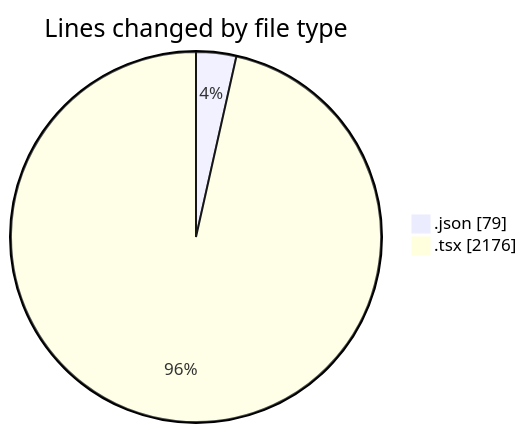
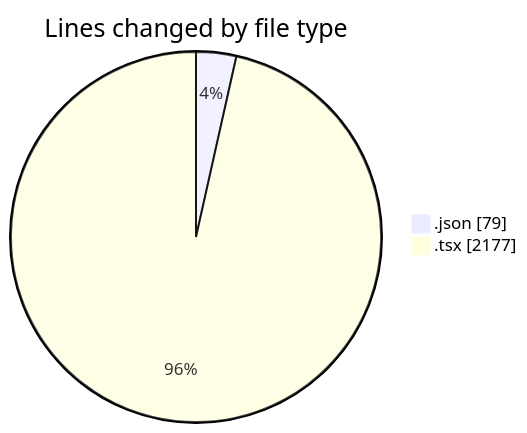
One commit to nxtqubesakshisongat/code-tracking changed the first of 2 diagrams in 2026-05-21/nxtqube_webapp/README.md. Above: the diagram before and after it, drawn with Mermaid. The commit also changed other lines of this file and 1 other file, not shown here.

````diff
--- a/2026-05-21/nxtqube_webapp/README.md
+++ b/2026-05-21/nxtqube_webapp/README.md
@@ -22,6 +22,6 @@
 ```mermaid
 pie showData
 title Lines changed by file type
 ".json" : 79
-".tsx" : 2176
+".tsx" : 2177
 ```
````
